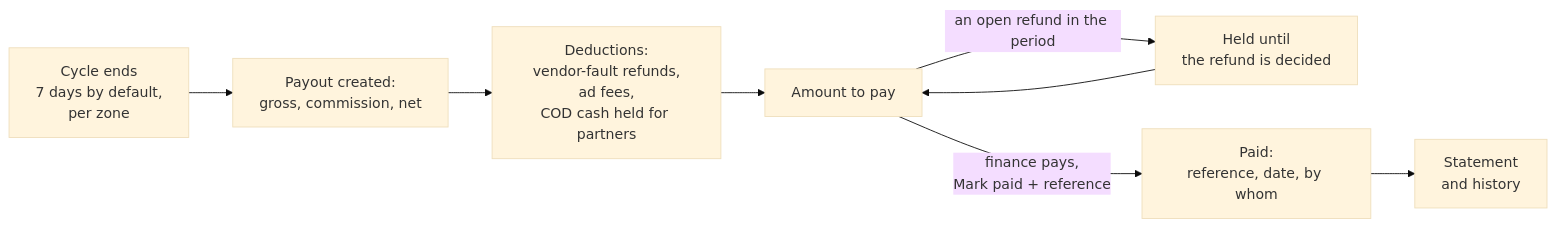
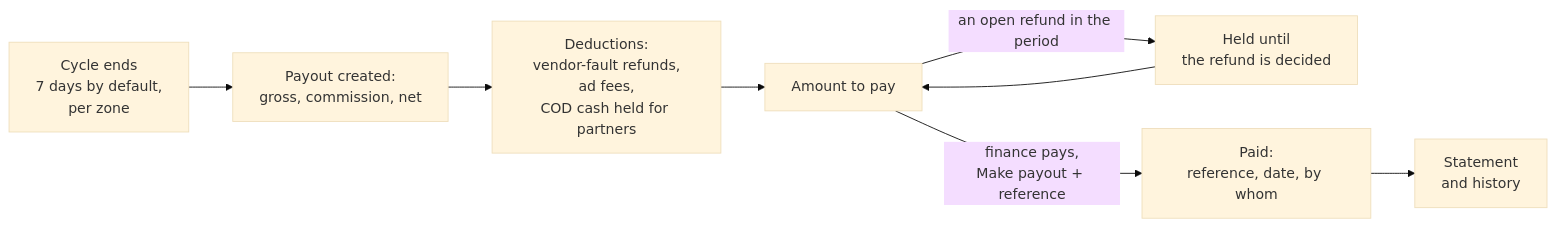
One commit to infogloaro/zoauro_admin changed diagram 13 of 15 in docs/F-execution/64_Demo_Presenter_Guide.md. Above: the diagram before and after it, drawn with Mermaid (base theme). The commit also changed other lines of this file and 2 other files, not shown here.

````diff
--- a/docs/F-execution/64_Demo_Presenter_Guide.md
+++ b/docs/F-execution/64_Demo_Presenter_Guide.md
@@ -787,10 +795,10 @@
 ```mermaid
 flowchart LR
   C[Cycle ends<br/>7 days by default,<br/>per zone] --> G[Payout created:<br/>gross, commission, net]
   G --> D[Deductions:<br/>vendor-fault refunds,<br/>ad fees,<br/>COD cash held for partners]
   D --> A[Amount to pay]
   A -->|an open refund in the period| H[Held until<br/>the refund is decided]
   H --> A
-  A -->|finance pays,<br/>Mark paid + reference| P[Paid:<br/>reference, date, by whom]
+  A -->|finance pays,<br/>Make payout + reference| P[Paid:<br/>reference, date, by whom]
   P --> S[Statement<br/>and history]
 ```
````
